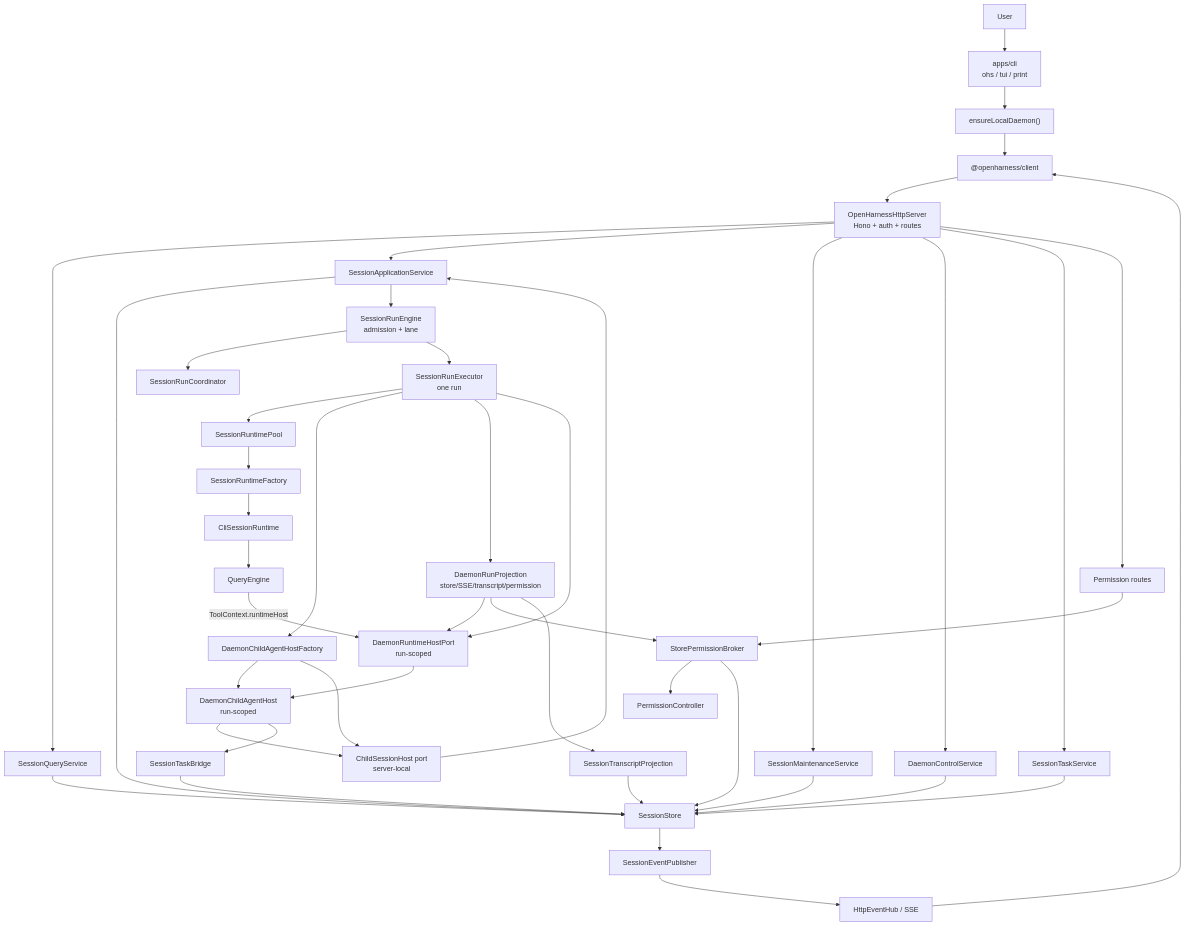
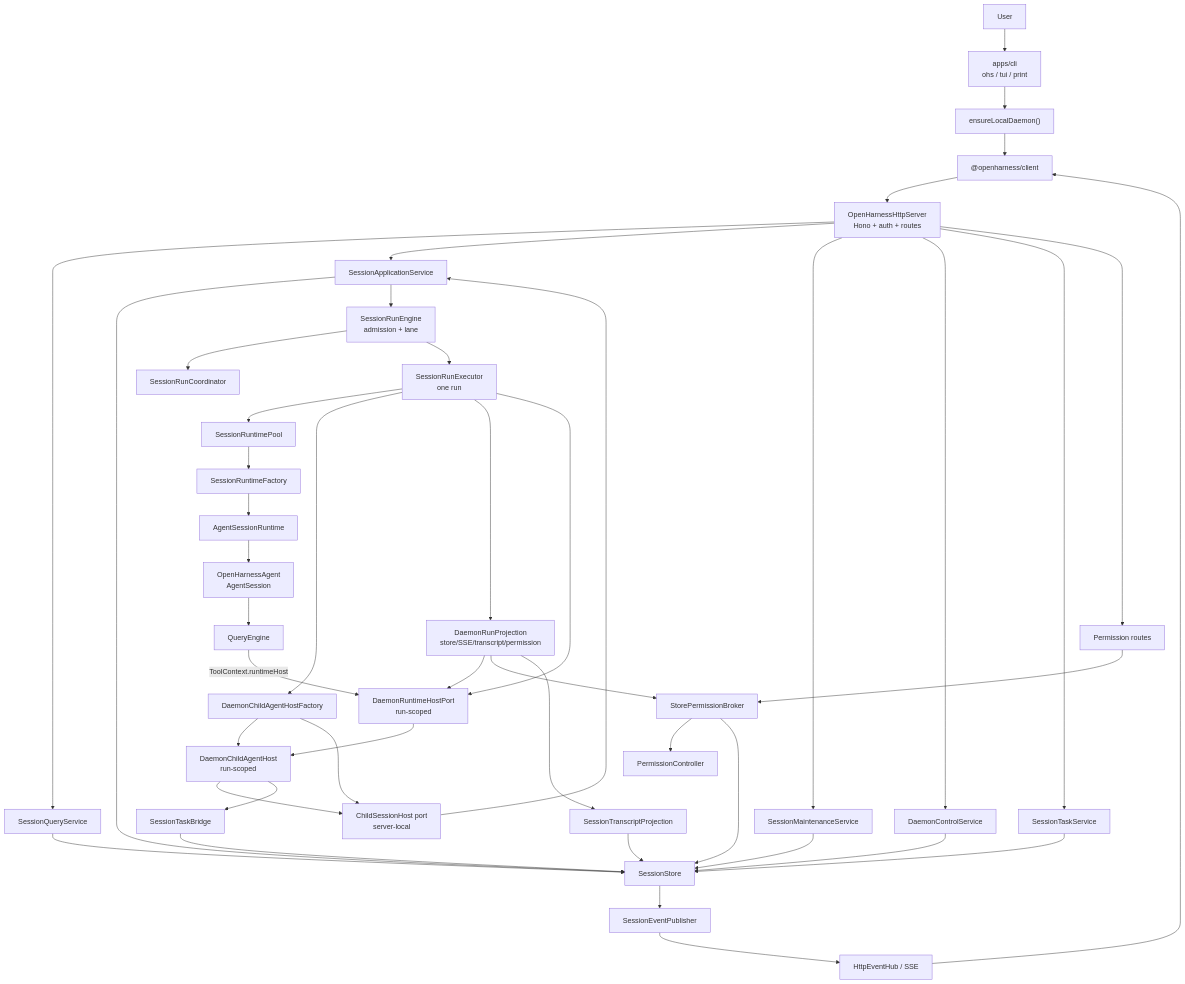
The first of 5 diagrams in docs/daemon-runtime-flow-map.md (rzx007/openharness-ts), drawn with Mermaid before and after one commit. The commit also changed other lines of this file and 13 other files, not shown here.

Commit message:
docs(agent-runtime): document framework and hosted flows

````diff
--- a/docs/daemon-runtime-flow-map.md
+++ b/docs/daemon-runtime-flow-map.md
@@ -19,53 +19,54 @@
 ```mermaid
 flowchart TD
   user["User"] --> cli["apps/cli<br/>ohs / tui / print"]
   cli --> ensure["ensureLocalDaemon()"]
   ensure --> client["@openharness/client"]
   client --> http["OpenHarnessHttpServer<br/>Hono + auth + routes"]
 
   http --> querySvc["SessionQueryService"]
   http --> appSvc["SessionApplicationService"]
   http --> maintSvc["SessionMaintenanceService"]
   http --> controlSvc["DaemonControlService"]
   http --> taskSvc["SessionTaskService"]
   http --> permRoutes["Permission routes"]
 
   querySvc --> store["SessionStore"]
   appSvc --> store
   maintSvc --> store
   controlSvc --> store
   taskSvc --> store
 
   appSvc --> engine["SessionRunEngine<br/>admission + lane"]
   engine --> lane["SessionRunCoordinator"]
   engine --> executor["SessionRunExecutor<br/>one run"]
   executor --> pool["SessionRuntimePool"]
   pool --> factory["SessionRuntimeFactory"]
-  factory --> runtime["CliSessionRuntime"]
-  runtime --> qe["QueryEngine"]
+  factory --> runtime["AgentSessionRuntime"]
+  runtime --> agent["OpenHarnessAgent<br/>AgentSession"]
+  agent --> qe["QueryEngine"]
 
   executor --> childFactory["DaemonChildAgentHostFactory"]
   childFactory --> childAgentHost["DaemonChildAgentHost<br/>run-scoped"]
   executor --> projection["DaemonRunProjection<br/>store/SSE/transcript/permission"]
   executor --> runtimeHost["DaemonRuntimeHostPort<br/>run-scoped"]
   projection --> runtimeHost
   qe -->|"ToolContext.runtimeHost"| runtimeHost
   runtimeHost --> childAgentHost
 
   childFactory --> childSessionPort["ChildSessionHost port<br/>server-local"]
   childAgentHost --> childSessionPort
   childSessionPort --> appSvc
   childAgentHost --> taskBridge["SessionTaskBridge"]
   taskBridge --> store
 
   projection --> permissionBroker["StorePermissionBroker"]
   permissionBroker --> permissionController["PermissionController"]
   permissionBroker --> store
   permRoutes --> permissionBroker
 
   projection --> transcript["SessionTranscriptProjection"]
   transcript --> store
   store --> publisher["SessionEventPublisher"]
   publisher --> hub["HttpEventHub / SSE"]
   hub --> client
 ```
````
